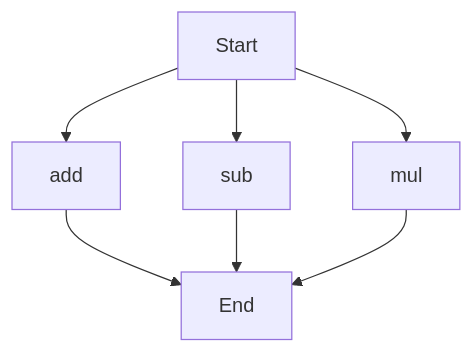
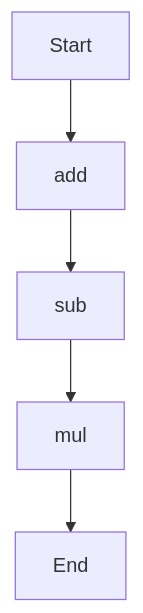
The diagram in DOCUMENTATION.md (Sakshibhoyar16/agentic-test-repo), drawn with Mermaid before and after one commit. The commit also changed other lines of this file and 1 other file, not shown here.

````diff
--- a/DOCUMENTATION.md
+++ b/DOCUMENTATION.md
@@ -48,9 +51,7 @@
 ```mermaid
 flowchart TD
     A[Start] --> B[add]
-    A --> C[sub]
-    A --> D[mul]
-    B --> E[End]
-    C --> E
-    D --> E
+    B --> C[sub]
+    C --> D[mul]
+    D --> E[End]
 ```
````
